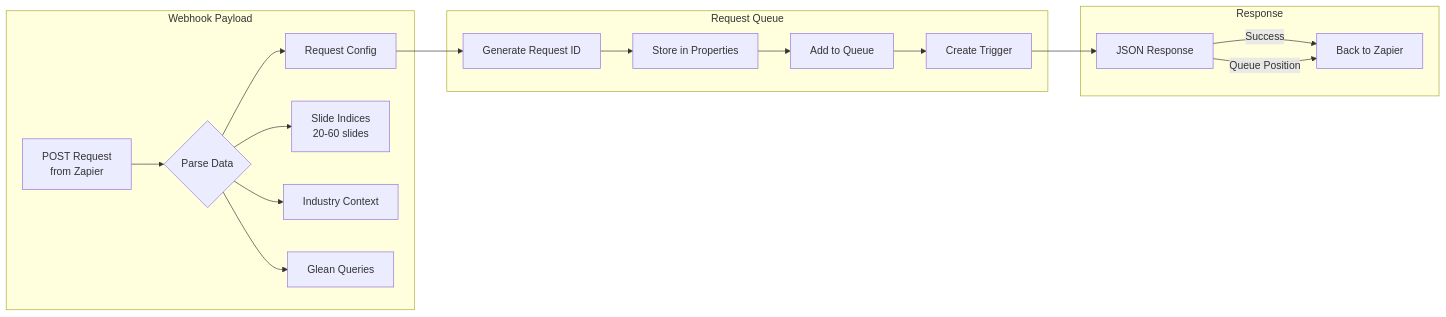
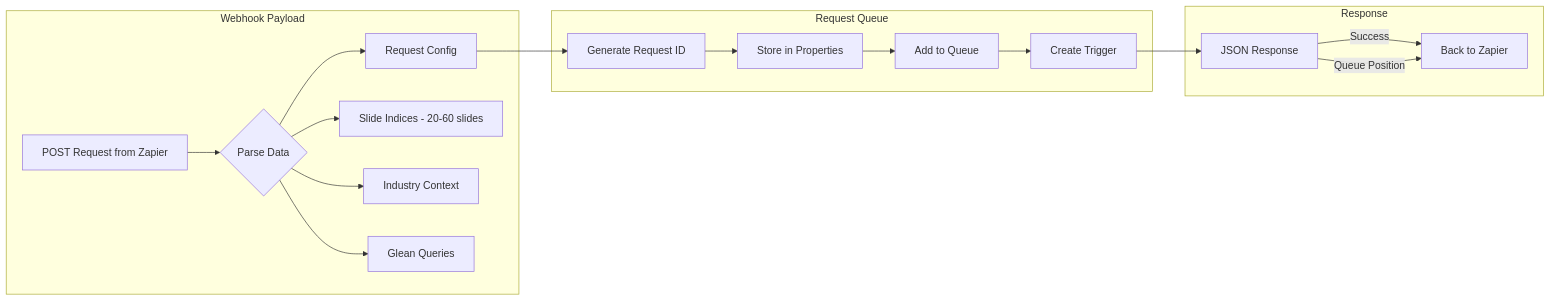
The third of 10 diagrams in SYSTEM_FLOW_DOCUMENTATION.md (ethansammiq/slide_deck_glean_integration), drawn with Mermaid before and after one commit. The commit also changed other lines of this file, not shown here.

First line of the commit message:
fix: Fix Mermaid diagram syntax for GitHub compatibility

````diff
--- a/SYSTEM_FLOW_DOCUMENTATION.md
+++ b/SYSTEM_FLOW_DOCUMENTATION.md
@@ -123,24 +123,24 @@
 ```mermaid
 flowchart LR
     subgraph "Webhook Payload"
-        P[POST Request<br/>from Zapier]
+        P["POST Request from Zapier"]
         P --> PD{Parse Data}
-        PD --> R[Request Config]
-        PD --> SI[Slide Indices<br/>20-60 slides]
-        PD --> IC[Industry Context]
-        PD --> GQ[Glean Queries]
+        PD --> R["Request Config"]
+        PD --> SI["Slide Indices - 20-60 slides"]
+        PD --> IC["Industry Context"]
+        PD --> GQ["Glean Queries"]
     end
     
     subgraph "Request Queue"
-        R --> RID[Generate Request ID]
-        RID --> SP[Store in Properties]
-        SP --> QA[Add to Queue]
-        QA --> T[Create Trigger]
+        R --> RID["Generate Request ID"]
+        RID --> SP["Store in Properties"]
+        SP --> QA["Add to Queue"]
+        QA --> T["Create Trigger"]
     end
     
     subgraph "Response"
-        T --> JR[JSON Response]
-        JR --> |Success| Z[Back to Zapier]
+        T --> JR["JSON Response"]
+        JR --> |Success| Z["Back to Zapier"]
         JR --> |Queue Position| Z
     end
 ```
````
